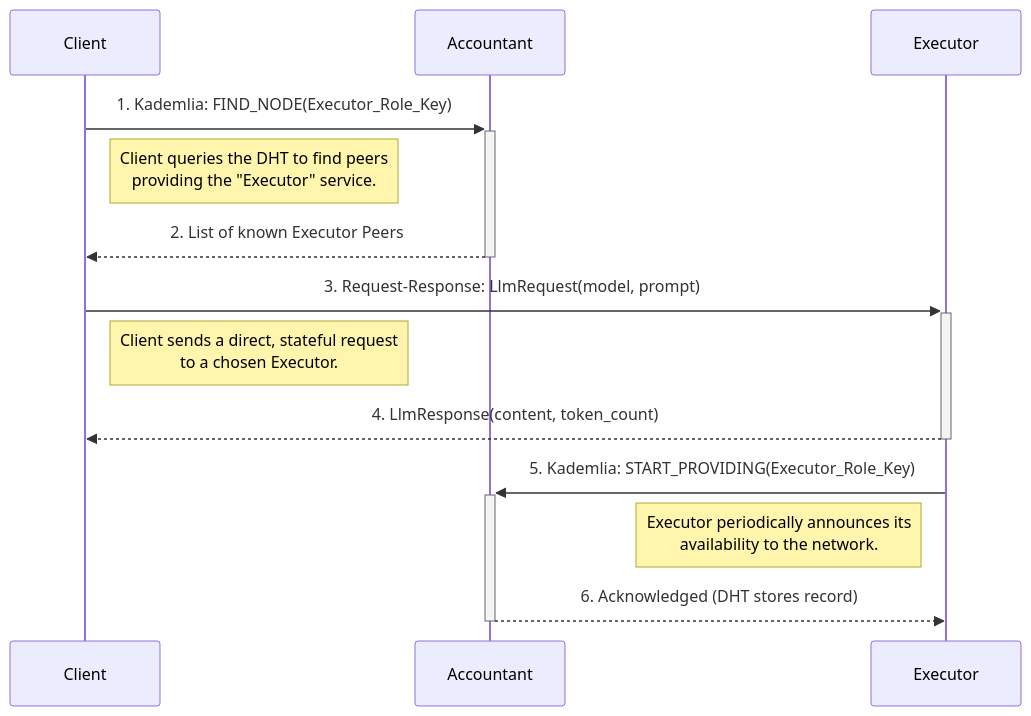
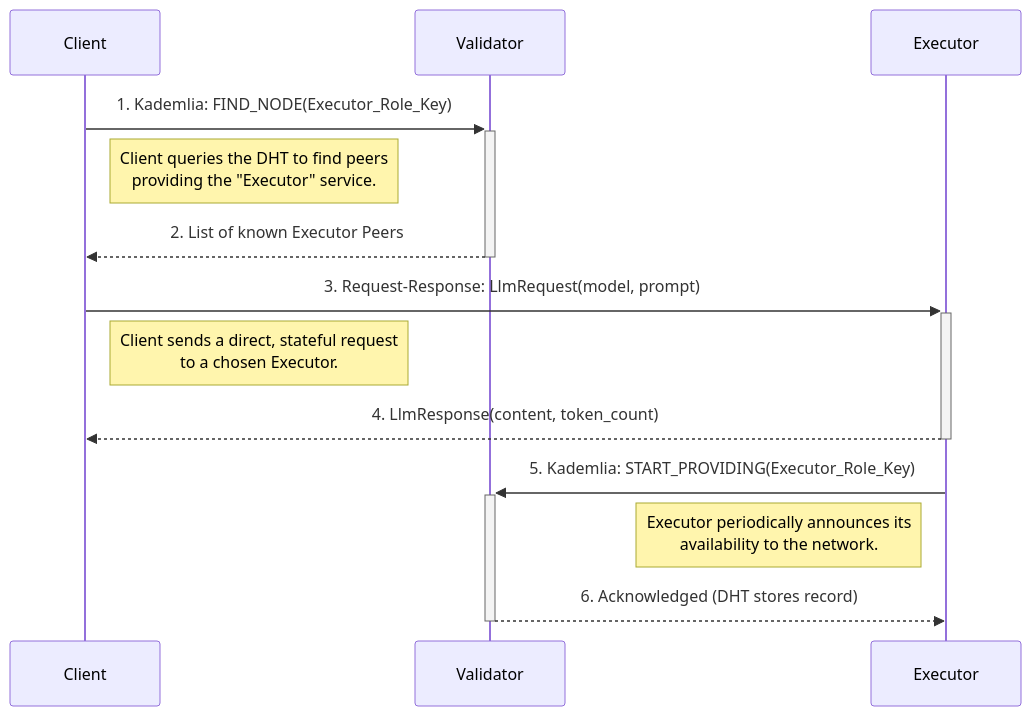
Before and after one commit to dexloom/lloom: the second of 2 diagrams in .roo/ROO_CC.md, drawn with Mermaid. The commit also changed other lines of this file and 13 other files, not shown here.

First line of the commit message:
Comprehensive rename: Replace 'accountant' with 'validator' across entire project

````diff
--- a/.roo/ROO_CC.md
+++ b/.roo/ROO_CC.md
@@ -214,18 +214,18 @@
 ```mermaid
 sequenceDiagram
     participant Client
-    participant Accountant
+    participant Validator
     participant Executor
 
-    Client->>+Accountant: 1. Kademlia: FIND_NODE(Executor_Role_Key)
+    Client->>+Validator: 1. Kademlia: FIND_NODE(Executor_Role_Key)
     Note right of Client: Client queries the DHT to find peers<br/>providing the "Executor" service.
-    Accountant-->>-Client: 2. List of known Executor Peers
+    Validator-->>-Client: 2. List of known Executor Peers
 
     Client->>+Executor: 3. Request-Response: LlmRequest(model, prompt)
     Note right of Client: Client sends a direct, stateful request<br/>to a chosen Executor.
     Executor-->>-Client: 4. LlmResponse(content, token_count)
 
-    Executor->>+Accountant: 5. Kademlia: START_PROVIDING(Executor_Role_Key)
+    Executor->>+Validator: 5. Kademlia: START_PROVIDING(Executor_Role_Key)
     Note left of Executor: Executor periodically announces its<br/>availability to the network.
-    Accountant-->>-Executor: 6. Acknowledged (DHT stores record)
+    Validator-->>-Executor: 6. Acknowledged (DHT stores record)
 ```
````
